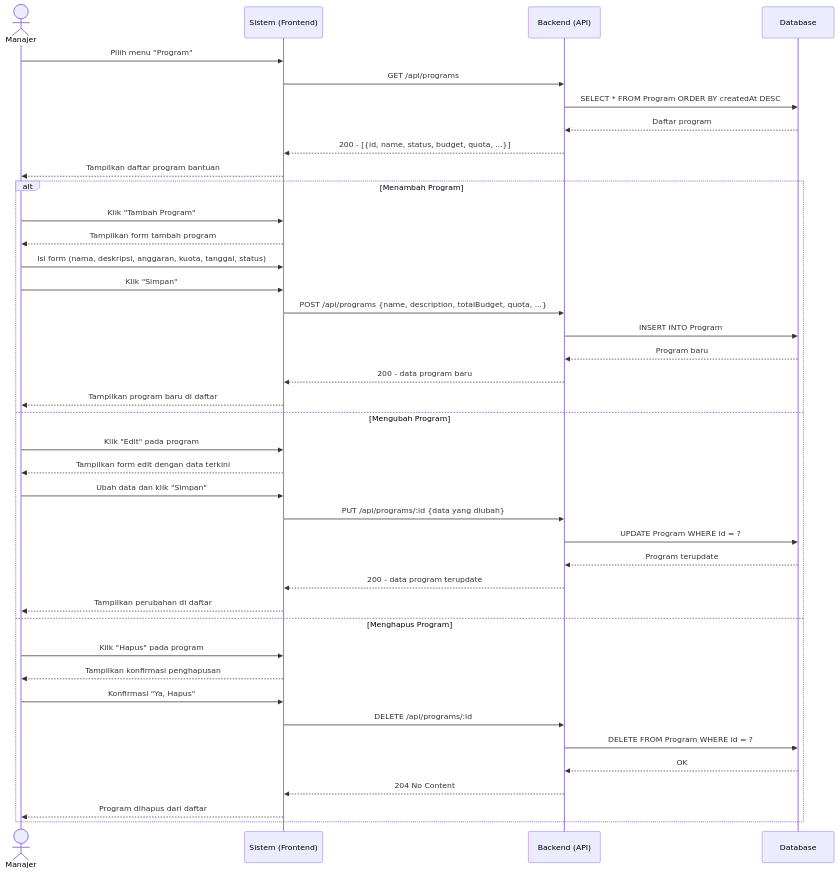
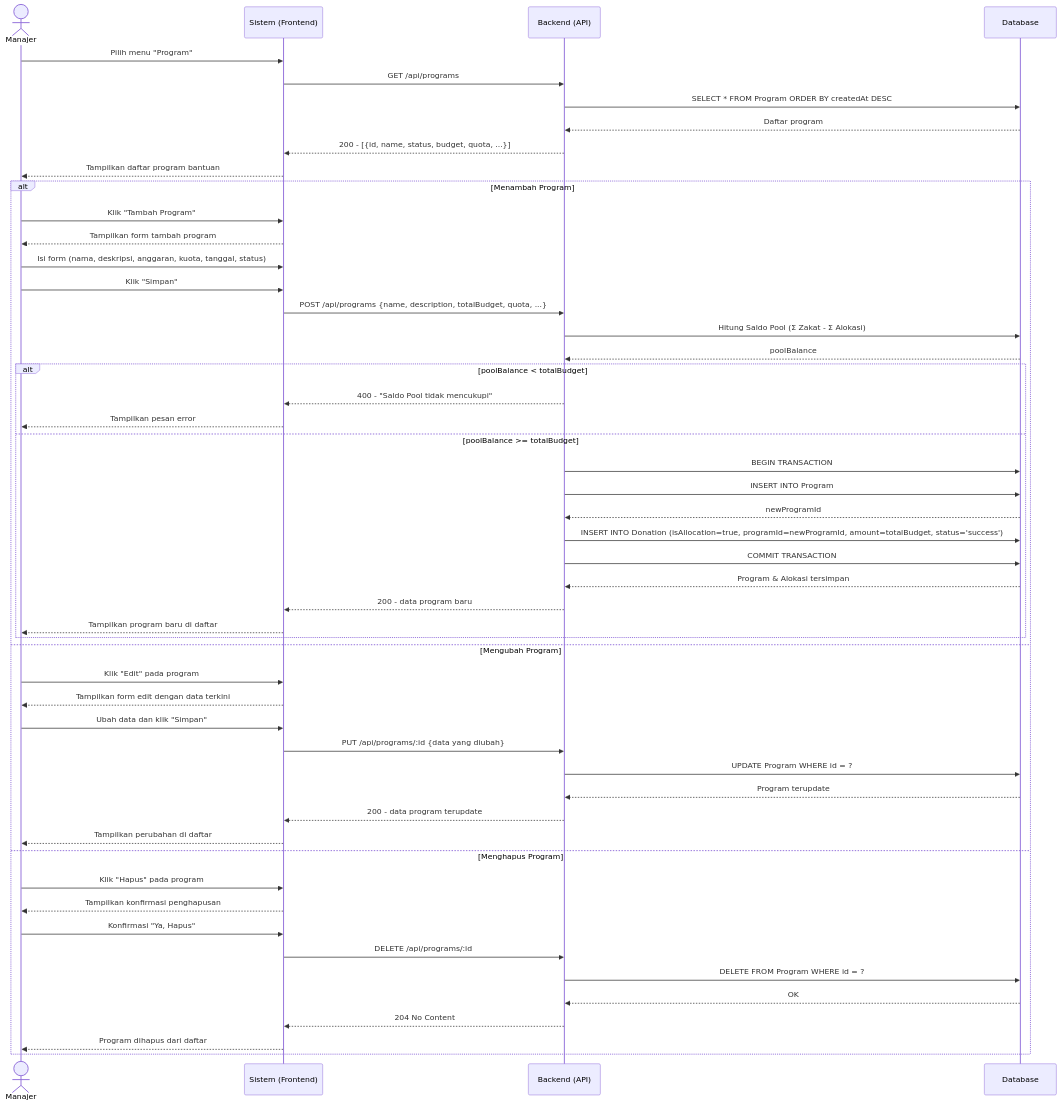
The third of 10 diagrams in SEQUENCE_DIAGRAMS.md (DaffaIkhwan/ZakatMoora), drawn with Mermaid before and after one commit. The commit also changed other lines of this file and 182 other files, not shown here.

````diff
--- a/SEQUENCE_DIAGRAMS.md
+++ b/SEQUENCE_DIAGRAMS.md
@@ -99,46 +99,59 @@
 ```mermaid
 sequenceDiagram
     actor Manajer
     participant Sistem as Sistem (Frontend)
     participant Backend as Backend (API)
     participant DB as Database
 
     Manajer->>Sistem: Pilih menu "Program"
     Sistem->>Backend: GET /api/programs
     Backend->>DB: SELECT * FROM Program ORDER BY createdAt DESC
     DB-->>Backend: Daftar program
     Backend-->>Sistem: 200 - [{id, name, status, budget, quota, ...}]
     Sistem-->>Manajer: Tampilkan daftar program bantuan
 
     alt Menambah Program
         Manajer->>Sistem: Klik "Tambah Program"
         Sistem-->>Manajer: Tampilkan form tambah program
         Manajer->>Sistem: Isi form (nama, deskripsi, anggaran, kuota, tanggal, status)
         Manajer->>Sistem: Klik "Simpan"
         Sistem->>Backend: POST /api/programs {name, description, totalBudget, quota, ...}
-        Backend->>DB: INSERT INTO Program
-        DB-->>Backend: Program baru
-        Backend-->>Sistem: 200 - data program baru
-        Sistem-->>Manajer: Tampilkan program baru di daftar
+        
+        Backend->>DB: Hitung Saldo Pool (Σ Zakat - Σ Alokasi)
+        DB-->>Backend: poolBalance
+        
+        alt poolBalance < totalBudget
+            Backend-->>Sistem: 400 - "Saldo Pool tidak mencukupi"
+            Sistem-->>Manajer: Tampilkan pesan error
+        else poolBalance >= totalBudget
+            Backend->>DB: BEGIN TRANSACTION
+            Backend->>DB: INSERT INTO Program
+            DB-->>Backend: newProgramId
+            Backend->>DB: INSERT INTO Donation (isAllocation=true, programId=newProgramId, amount=totalBudget, status='success')
+            Backend->>DB: COMMIT TRANSACTION
+            DB-->>Backend: Program & Alokasi tersimpan
+            Backend-->>Sistem: 200 - data program baru
+            Sistem-->>Manajer: Tampilkan program baru di daftar
+        end
 
     else Mengubah Program
         Manajer->>Sistem: Klik "Edit" pada program
         Sistem-->>Manajer: Tampilkan form edit dengan data terkini
         Manajer->>Sistem: Ubah data dan klik "Simpan"
         Sistem->>Backend: PUT /api/programs/:id {data yang diubah}
         Backend->>DB: UPDATE Program WHERE id = ?
         DB-->>Backend: Program terupdate
         Backend-->>Sistem: 200 - data program terupdate
         Sistem-->>Manajer: Tampilkan perubahan di daftar
 
     else Menghapus Program
         Manajer->>Sistem: Klik "Hapus" pada program
         Sistem-->>Manajer: Tampilkan konfirmasi penghapusan
         Manajer->>Sistem: Konfirmasi "Ya, Hapus"
         Sistem->>Backend: DELETE /api/programs/:id
         Backend->>DB: DELETE FROM Program WHERE id = ?
         DB-->>Backend: OK
         Backend-->>Sistem: 204 No Content
         Sistem-->>Manajer: Program dihapus dari daftar
     end
 ```
````
